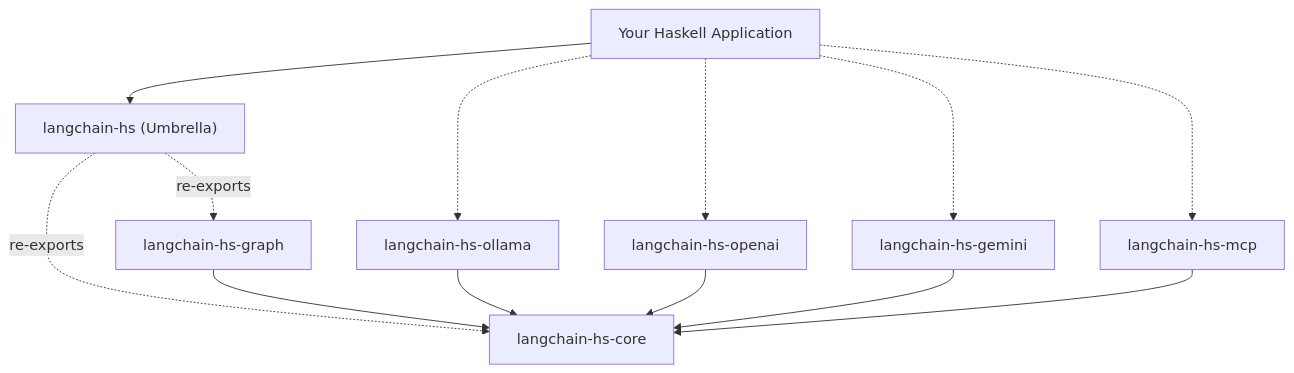
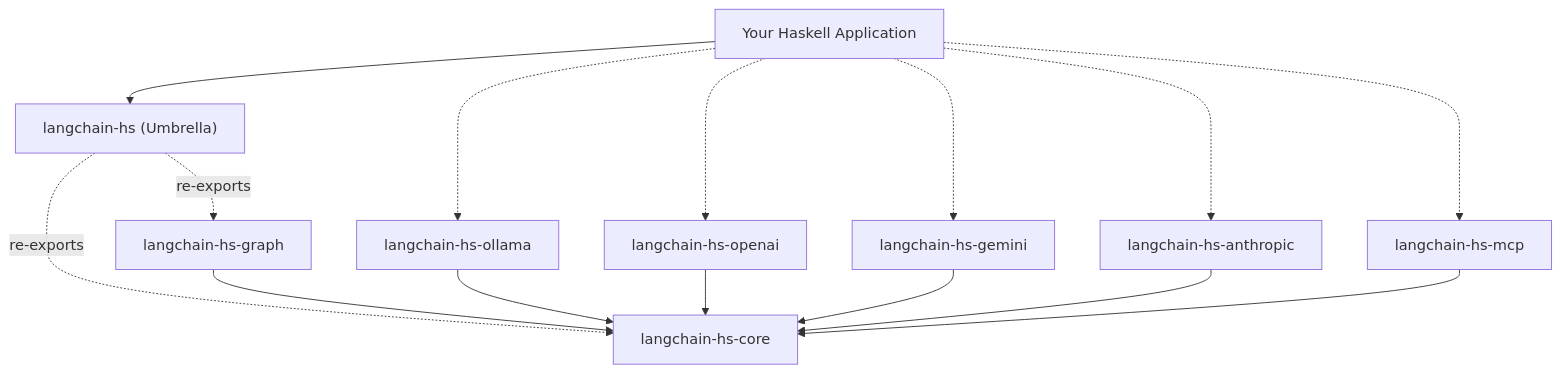
One commit to tusharad/langchain-hs changed the diagram in site/api/packages.md. Above: the diagram before and after it, drawn with Mermaid. The commit also changed other lines of this file and 20 other files, not shown here.

Commit message:
feat: add native langchain-hs-anthropic provider and SSE tool streaming

````diff
--- a/site/api/packages.md
+++ b/site/api/packages.md
@@ -25,17 +26,19 @@
 ```mermaid
 flowchart TD
     App[Your Haskell Application] --> LangchainHs["langchain-hs (Umbrella)"]
     App -.-> Ollama["langchain-hs-ollama"]
     App -.-> OpenAI["langchain-hs-openai"]
     App -.-> Gemini["langchain-hs-gemini"]
+    App -.-> Anthropic["langchain-hs-anthropic"]
     App -.-> MCP["langchain-hs-mcp"]
     
     LangchainHs -.->|re-exports| LangchainHsGraph["langchain-hs-graph"]
     LangchainHs -.->|re-exports| LangchainHsCore["langchain-hs-core"]
     LangchainHsGraph --> LangchainHsCore
     
     Ollama --> LangchainHsCore
     OpenAI --> LangchainHsCore
     Gemini --> LangchainHsCore
+    Anthropic --> LangchainHsCore
     MCP --> LangchainHsCore
 ```
````
